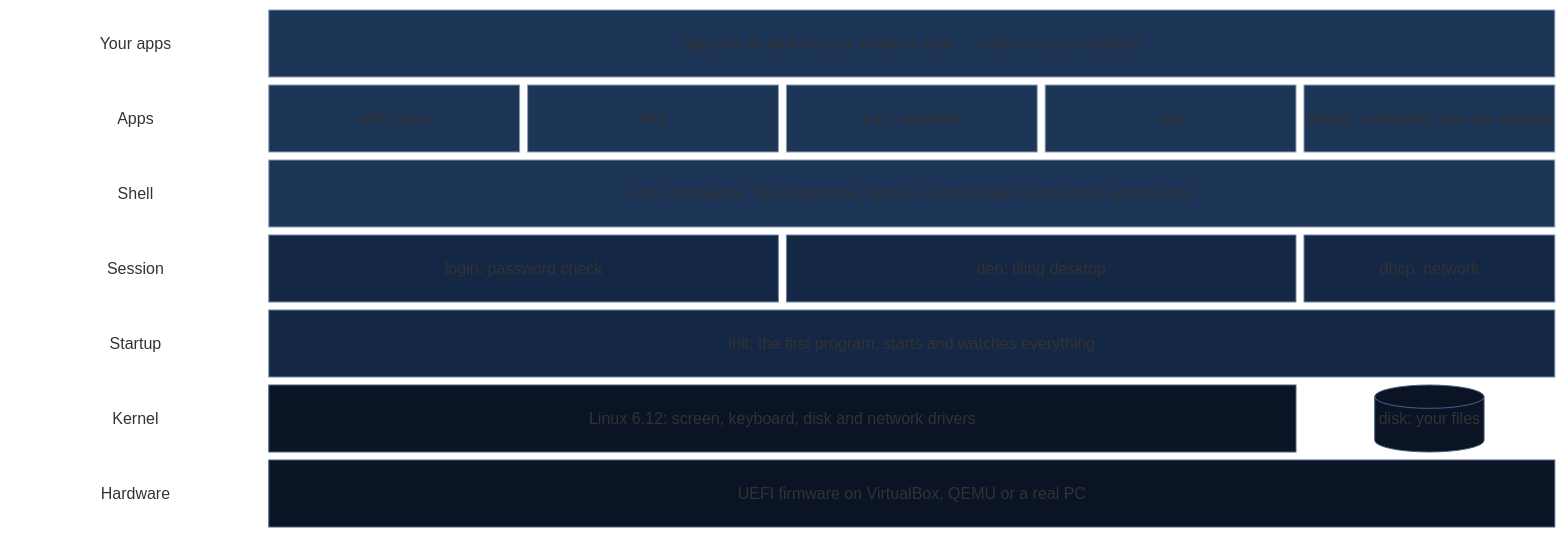
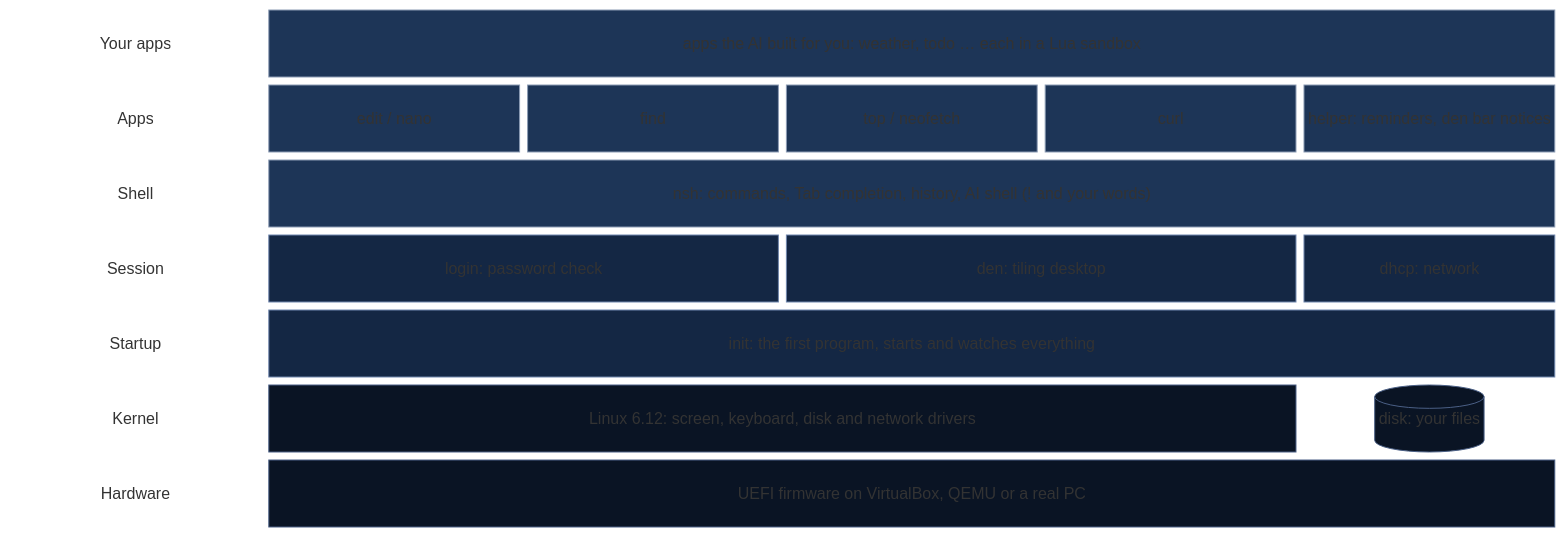
Before and after one commit to Adhishtanaka/thir: the second of 2 diagrams in README.md, drawn with Mermaid. The commit also changed other lines of this file and 16 other files, not shown here.

First line of the commit message:
AI shell: ! and your words become one command you approve

````diff
--- a/README.md
+++ b/README.md
@@ -71,20 +71,20 @@
 ```mermaid
 block-beta
   columns 6
   l0["Your apps"] built["apps the AI built for you: weather, todo … each in a Lua sandbox"]:5
   l1["Apps"] edit["edit / nano"] find["find"] top["top / neofetch"] net["curl"] helper["helper: reminders, den bar notices"]
-  l2["Shell"] shell["nsh: commands, Tab completion, history, AI shell (plain words and ! commands)"]:5
+  l2["Shell"] shell["nsh: commands, Tab completion, history, AI shell (! and your words)"]:5
   l3["Session"] login["login: password check"]:2 den["den: tiling desktop"]:2 dhcp["dhcp: network"]
   l4["Startup"] init["init: the first program, starts and watches everything"]:5
   l5["Kernel"] kernel["Linux 6.12: screen, keyboard, disk and network drivers"]:4 disk[("disk: your files")]
   l6["Hardware"] hw["UEFI firmware on VirtualBox, QEMU or a real PC"]:5
 
   classDef label fill:transparent,stroke:transparent,color:#8fa3c2
   classDef user fill:#1d3557,stroke:#8b9bb4,color:#e8eefa
   classDef sys fill:#142744,stroke:#6f86ad,color:#e8eefa
   classDef core fill:#0a1424,stroke:#4a5f85,color:#e8eefa
   class l0,l1,l2,l3,l4,l5,l6 label
   class edit,find,top,net,shell,helper,built user
   class login,den,dhcp,init sys
   class kernel,hw,disk core
 ```
````
